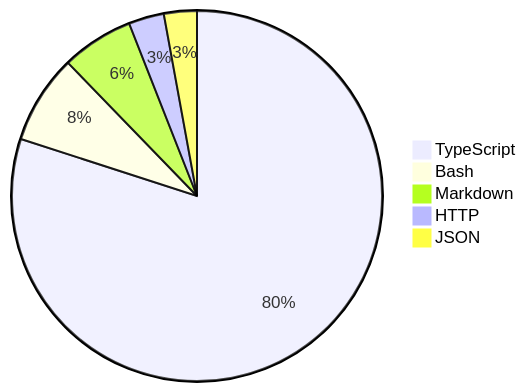
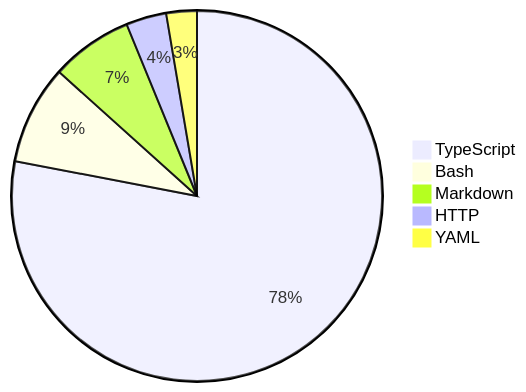
The diagram in README.md (skvggor/skvggor), drawn with Mermaid before and after one commit.

Commit message:
Updated waka-readme graph with new metrics

````diff
--- a/README.md
+++ b/README.md
@@ -16,8 +16,8 @@
 ```mermaid
 pie
-    "TypeScript" : 75.1
-    "Bash" : 7.3
-    "Markdown" : 5.9
-    "HTTP" : 2.9
-    "JSON" : 2.7
+    "TypeScript" : 73.1
+    "Bash" : 8.1
+    "Markdown" : 6.7
+    "HTTP" : 3.3
+    "YAML" : 2.5
 ```
````
